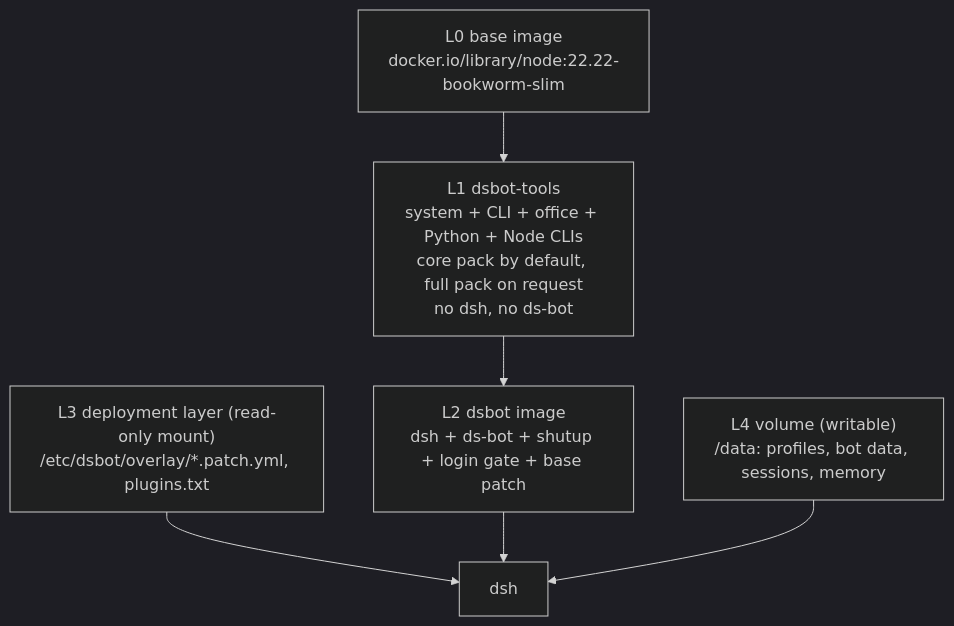
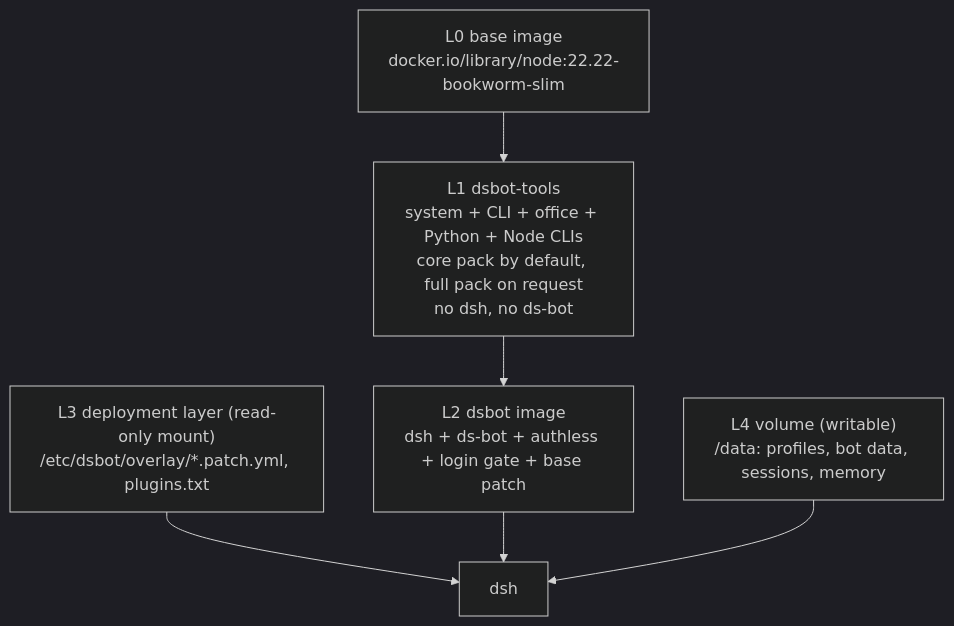
The diagram in docs/architecture.md (zerodegress/dsbot-containers), drawn with Mermaid (dark theme) before and after one commit. The commit also changed other lines of this file and 15 other files, not shown here.

First line of the commit message:
feat(image): dsh 0.2.1-rc.2, ds-bot 0.1.7, dsh-authless instead of dsh-shutup

````diff
--- a/docs/architecture.md
+++ b/docs/architecture.md
@@ -5,12 +5,12 @@
 ```mermaid
 flowchart TB
   L0["L0 base image<br/>docker.io/library/node:22.22-bookworm-slim"]
   L1["L1 dsbot-tools<br/>system + CLI + office + Python + Node CLIs<br/>core pack by default, full pack on request<br/>no dsh, no ds-bot"]
-  L2["L2 dsbot image<br/>dsh + ds-bot + shutup + login gate + base patch"]
+  L2["L2 dsbot image<br/>dsh + ds-bot + authless + login gate + base patch"]
   L3["L3 deployment layer (read-only mount)<br/>/etc/dsbot/overlay/*.patch.yml, plugins.txt"]
   L4["L4 volume (writable)<br/>/data: profiles, bot data, sessions, memory"]
   L0 --> L1 --> L2
   L3 --> RUN["dsh"]
   L2 --> RUN
   L4 --> RUN
 ```
````
